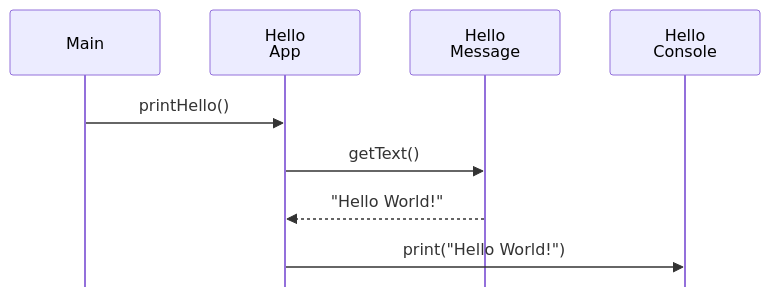
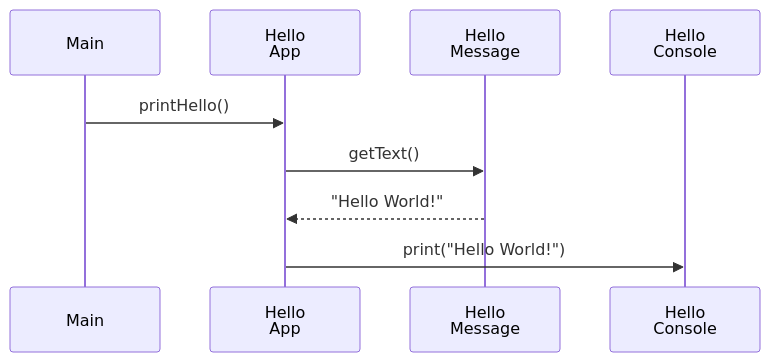
The first of 3 diagrams in README.md (rogervinas/tests-everywhere), drawn with Mermaid before and after one commit.

Commit message:
Init directives

````diff
--- a/README.md
+++ b/README.md
@@ -5,16 +5,18 @@
 ```mermaid
----
-config:
-    diagramMarginX: 50
-    mirrorActors: false
----
+%%{
+  init: {
+    "sequence": {
+      "diagramMarginX": 50
+    }
+  }
+}%%
 sequenceDiagram
   participant Main
   participant HelloApp as Hello<br>App
   participant HelloMessage as Hello<br>Message
   participant HelloConsole as Hello<br>Console
   Main ->> HelloApp: printHello()
   HelloApp ->> HelloMessage: getText()
   HelloMessage -->> HelloApp: "Hello World!"
   HelloApp ->> HelloConsole: print("Hello World!")
 ```
````
